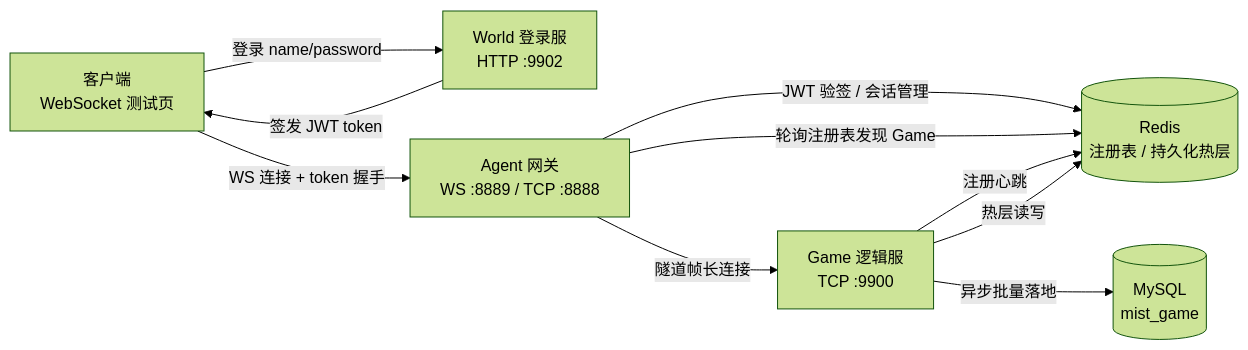
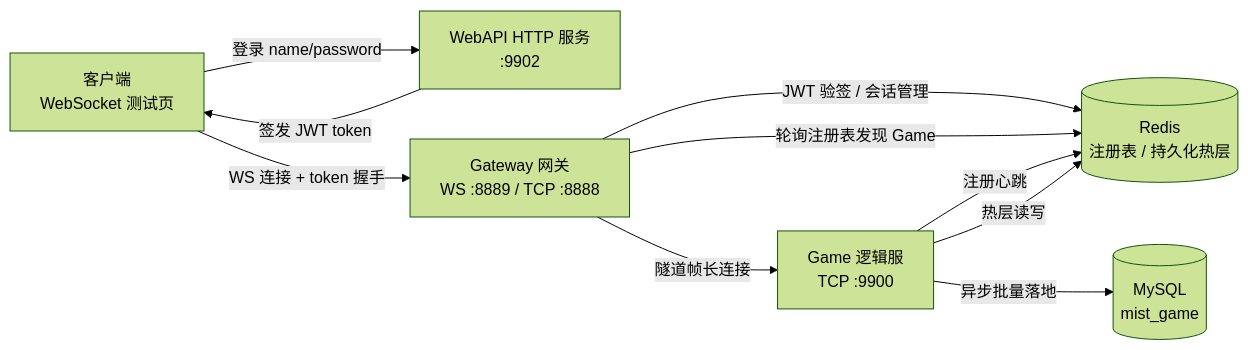
Before and after one commit to wyx9/mist: the diagram in README.md, drawn with Mermaid (forest theme). The commit also changed other lines of this file and 25 other files, not shown here.

Commit message:
refactor: agent/world 服务重命名为 gateway/webapi

````diff
--- a/README.md
+++ b/README.md
@@ -7,19 +7,19 @@
 ```mermaid
 flowchart LR
     Client["客户端<br/>WebSocket 测试页"]
-    World["World 登录服<br/>HTTP :9902"]
-    Agent["Agent 网关<br/>WS :8889 / TCP :8888"]
+    WebAPI["WebAPI HTTP 服务<br/>:9902"]
+    Gateway["Gateway 网关<br/>WS :8889 / TCP :8888"]
     Game["Game 逻辑服<br/>TCP :9900"]
     Redis[("Redis<br/>注册表 / 持久化热层")]
     MySQL[("MySQL<br/>mist_game")]
 
-    Client -->|"登录 name/password"| World
-    World -->|"签发 JWT token"| Client
-    Client -->|"WS 连接 + token 握手"| Agent
-    Agent -->|"JWT 验签 / 会话管理"| Redis
-    Agent -->|"轮询注册表发现 Game"| Redis
-    Agent -->|"隧道帧长连接"| Game
+    Client -->|"登录 name/password"| WebAPI
+    WebAPI -->|"签发 JWT token"| Client
+    Client -->|"WS 连接 + token 握手"| Gateway
+    Gateway -->|"JWT 验签 / 会话管理"| Redis
+    Gateway -->|"轮询注册表发现 Game"| Redis
+    Gateway -->|"隧道帧长连接"| Game
     Game -->|"注册心跳"| Redis
     Game -->|"热层读写"| Redis
     Game -->|"异步批量落地"| MySQL
 ```
````
